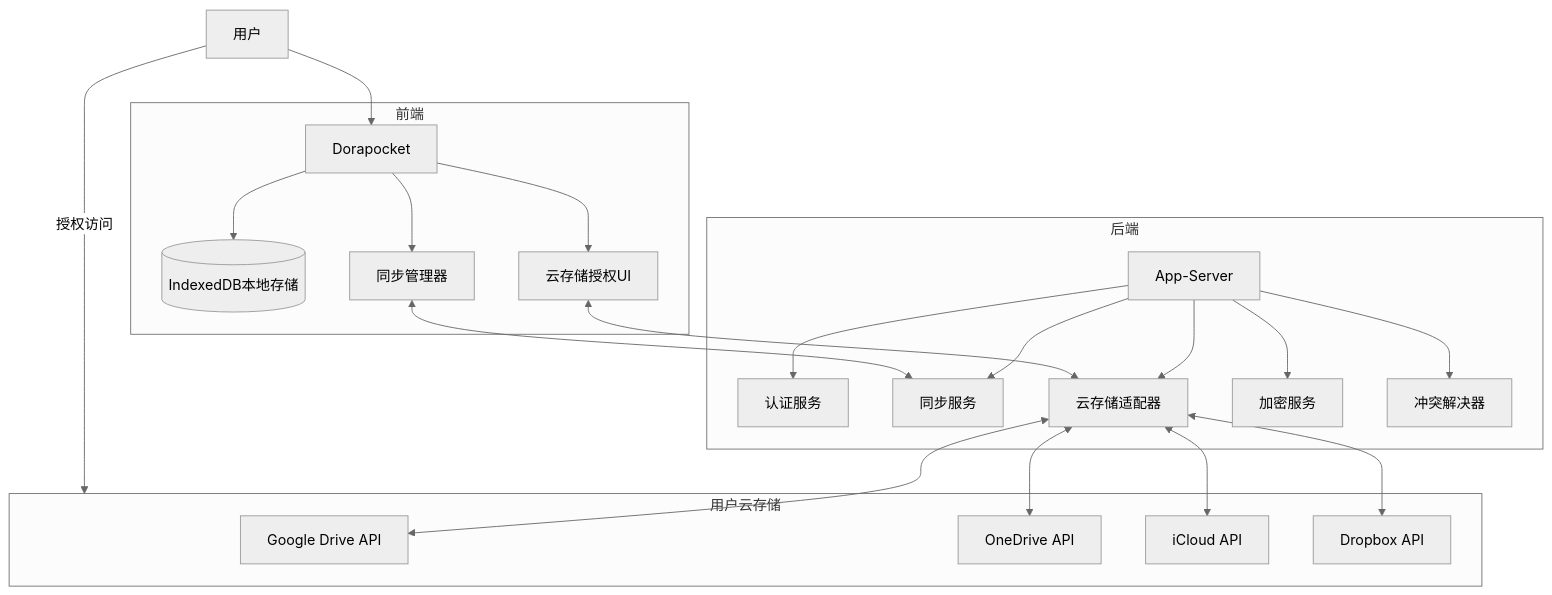
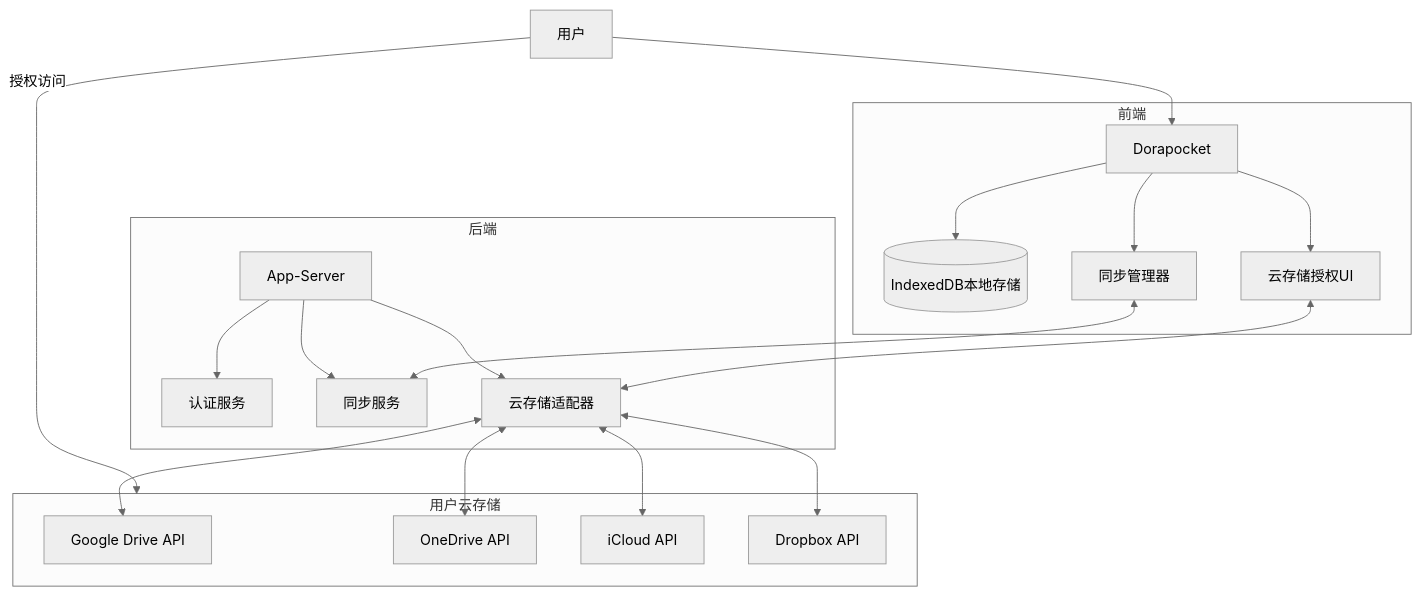
The diagram in all/未命名-34.md (yingjianzh/iodraw-files), drawn with Mermaid (neutral theme) before and after one commit.

Commit message:
2025-04-17 10:32:23 update

````diff
--- a/all/未命名-34.md
+++ b/all/未命名-34.md
@@ -1,29 +1,27 @@
 ```mermaid
 flowchart TD
     User[用户] --> FrontEnd[Dorapocket]
     
     subgraph 前端
         FrontEnd --> LocalDB[(IndexedDB本地存储)]
         FrontEnd --> SyncManager[同步管理器]
         FrontEnd --> CloudAuthUI[云存储授权UI]
     end
     
     subgraph 后端
         AppServer[App-Server] --> AuthService[认证服务]
         AppServer --> SyncService[同步服务]
         AppServer --> CloudAdapter[云存储适配器]
-        AppServer --> CryptoService[加密服务]
-        AppServer --> ConflictResolver[冲突解决器]
     end
     
     subgraph 用户云存储
         CloudAdapter <--> GoogleDrive[Google Drive API]
         CloudAdapter <--> OneDrive[OneDrive API]
         CloudAdapter <--> iCloud[iCloud API]
         CloudAdapter <--> Dropbox[Dropbox API]
     end
     
     User -- "授权访问" --> 用户云存储
     SyncManager <--> SyncService
     CloudAuthUI <--> CloudAdapter
 ```
````
